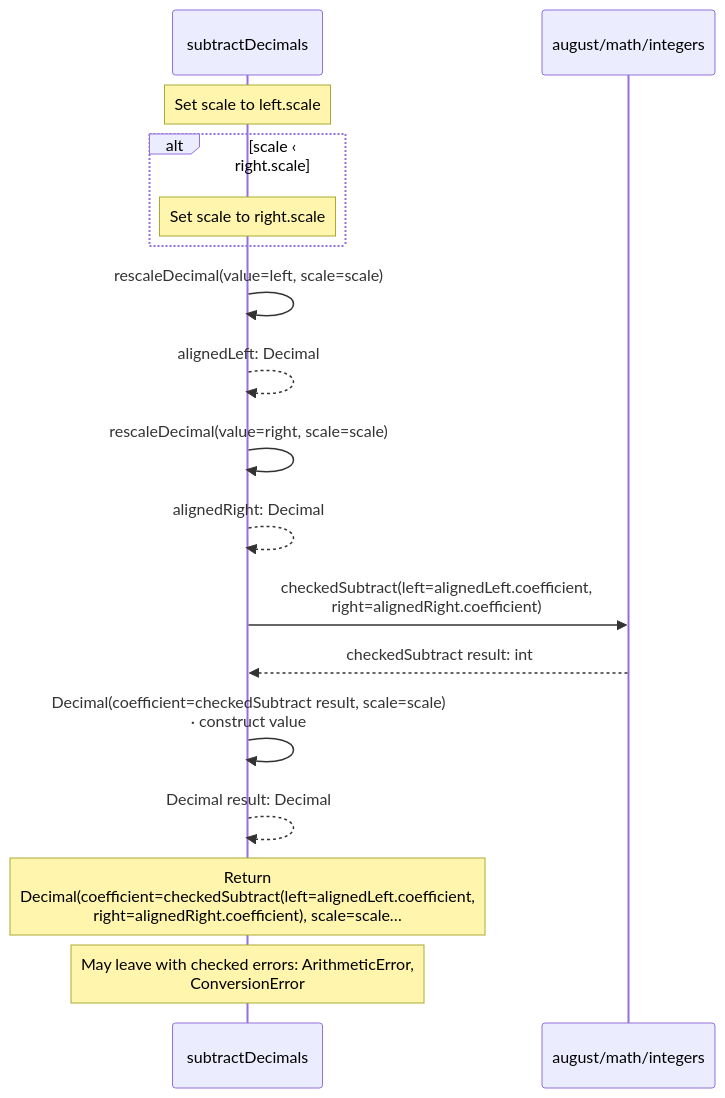
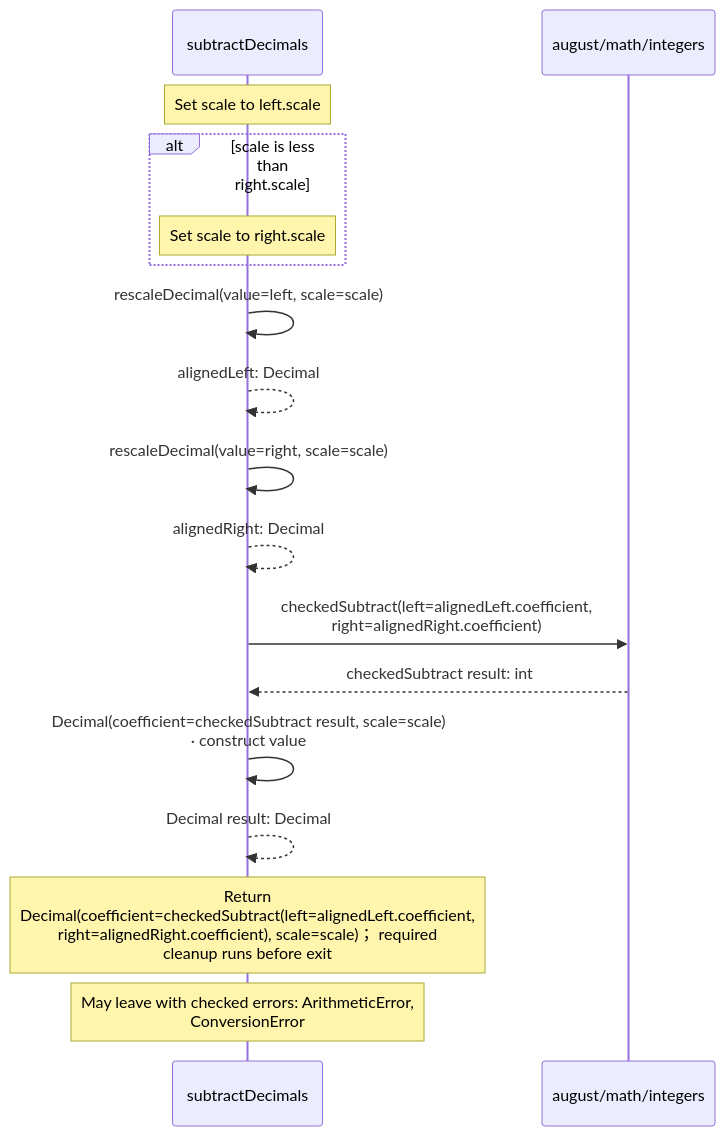
Before and after one commit to GreenPandaStudios/augscript: the seventh of 10 diagrams in src/stdlib/math/decimals.aug.diagrams.md, drawn with Mermaid. The commit also changed other lines of this file and 658 other files, not shown here.

````diff
--- a/src/stdlib/math/decimals.aug.diagrams.md
+++ b/src/stdlib/math/decimals.aug.diagrams.md
@@ -216,19 +251,19 @@
 ```mermaid
 sequenceDiagram
     participant p0 as subtractDecimals
     participant p1 as august/math/integers
     Note over p0: Set scale to left.scale
-    alt scale ‹ right.scale
+    alt scale is less than right.scale
     Note over p0: Set scale to right.scale
     end
     p0->>p0: rescaleDecimal(value=left, scale=scale)
     p0-->>p0: alignedLeft: Decimal
     p0->>p0: rescaleDecimal(value=right, scale=scale)
     p0-->>p0: alignedRight: Decimal
     p0->>p1: checkedSubtract(left=alignedLeft.coefficient,<br/>right=alignedRight.coefficient)
     p1-->>p0: checkedSubtract result: int
     p0->>p0: Decimal(coefficient=checkedSubtract result, scale=scale)<br/>· construct value
     p0-->>p0: Decimal result: Decimal
-    Note over p0: Return<br/>Decimal(coefficient=checkedSubtract(left=alignedLeft.coefficient,<br/>right=alignedRight.coefficient), scale=scale…
+    Note over p0: Return<br/>Decimal(coefficient=checkedSubtract(left=alignedLeft.coefficient,<br/>right=alignedRight.coefficient), scale=scale)； required<br/>cleanup runs before exit
     Note over p0: May leave with checked errors: ArithmeticError,<br/>ConversionError
 ```
````
